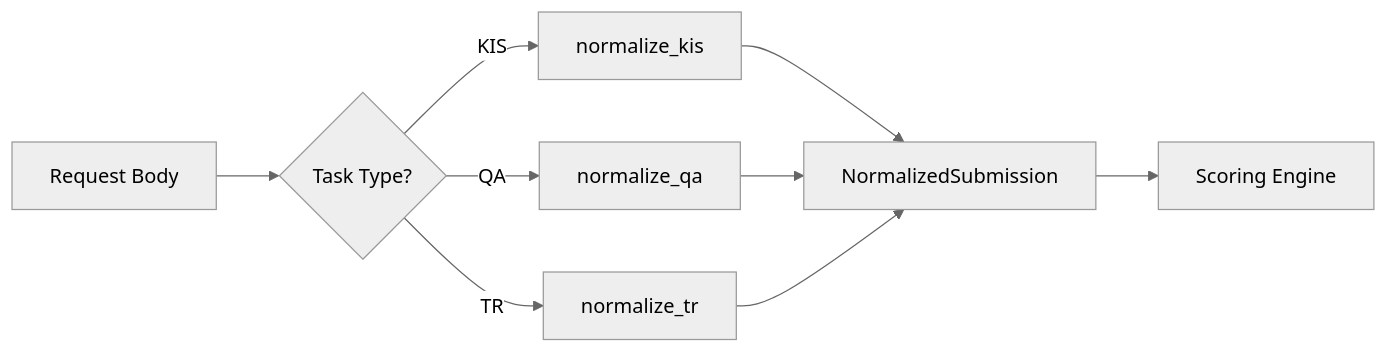
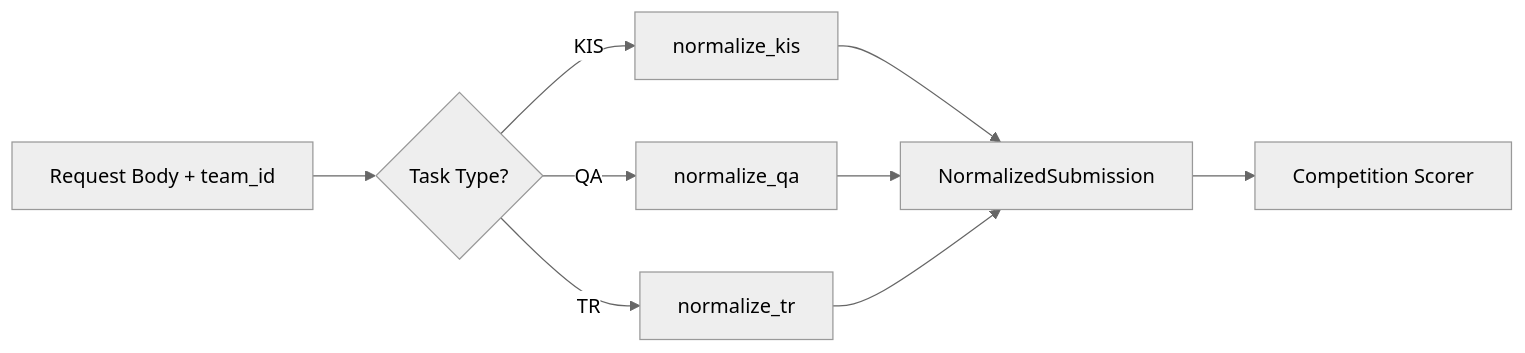
One commit to finalFlash159/mock-server-scoring-api-for-AIC-VBS changed the sixth of 9 diagrams in docs/system-design.md. Above: the diagram before and after it, drawn with Mermaid (neutral theme). The commit also changed other lines of this file and 4 other files, not shown here.

````diff
--- a/docs/system-design.md
+++ b/docs/system-design.md
@@ -114,11 +194,11 @@
 ```mermaid
 flowchart LR
-    A[Request Body] --> B{Task Type?}
+    A[Request Body + team_id] --> B{Task Type?}
     B -->|KIS| C[normalize_kis]
     B -->|QA| D[normalize_qa]
     B -->|TR| E[normalize_tr]
     C --> F[NormalizedSubmission]
     D --> F
     E --> F
-    F --> G[Scoring Engine]
+    F --> G[Competition Scorer]
 ```
````
